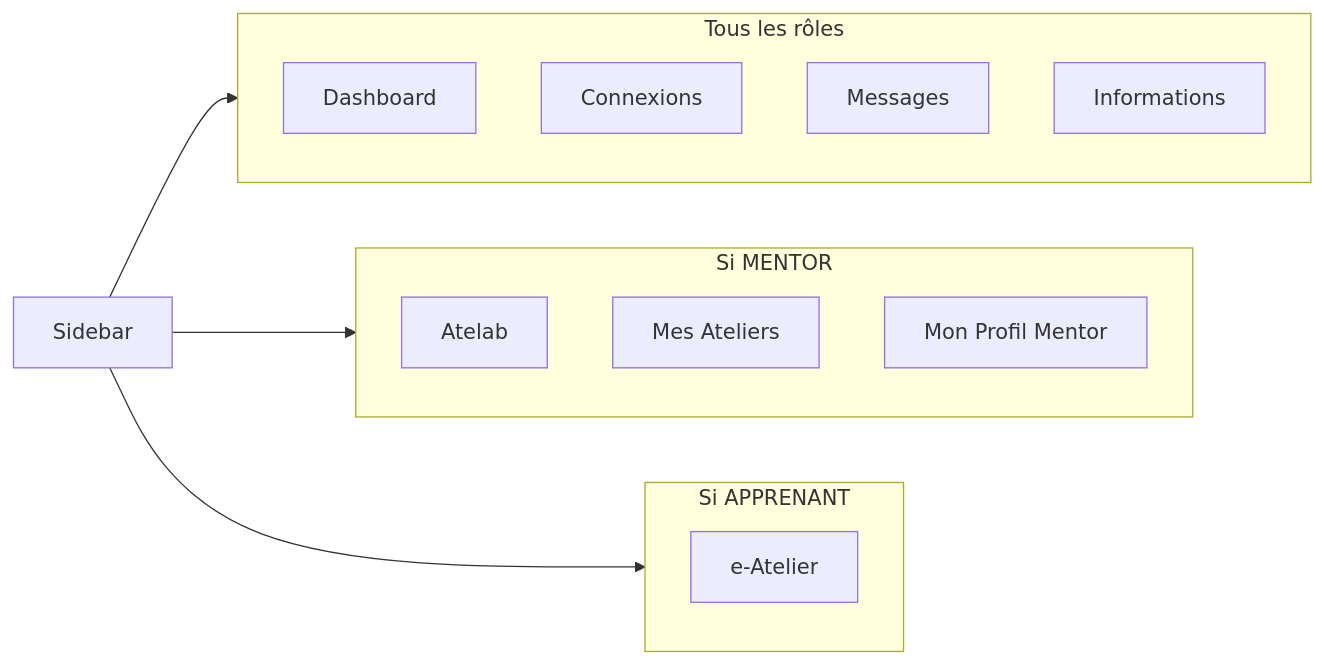
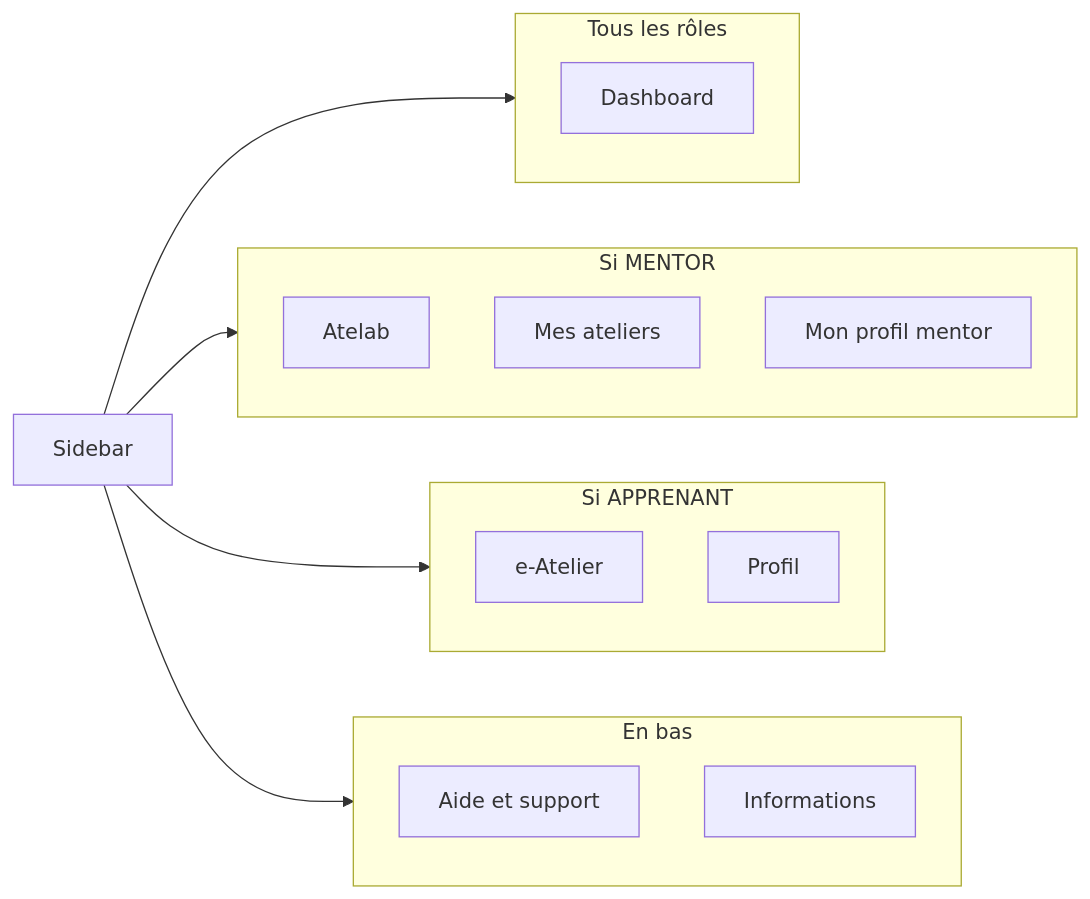
The third of 4 diagrams in docs/front.md (alice-444/ls_app), drawn with Mermaid before and after one commit. The commit also changed other lines of this file and 56 other files, not shown here.

Commit message:
feat: magic link, audit logs admin, schéma Prisma, refonte profil mentor

````diff
--- a/docs/front.md
+++ b/docs/front.md
@@ -125,23 +125,27 @@
 ```mermaid
 flowchart LR
   subgraph Commun["Tous les rôles"]
     A[Dashboard]
-    B[Connexions]
-    C[Messages]
-    D[Informations]
   end
 
   subgraph Mentor["Si MENTOR"]
     E[Atelab]
-    F[Mes Ateliers]
-    G[Mon Profil Mentor]
+    F[Mes ateliers]
+    G[Mon profil mentor]
   end
 
   subgraph Apprenant["Si APPRENANT"]
     H[e-Atelier]
+    I[Profil]
+  end
+
+  subgraph Bas["En bas"]
+    J[Aide et support]
+    K[Informations]
   end
 
   Sidebar[Sidebar] --> Commun
   Sidebar --> Mentor
   Sidebar --> Apprenant
+  Sidebar --> Bas
 ```
````
